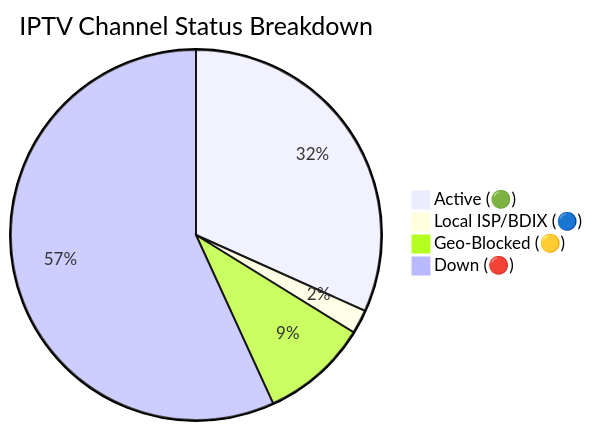
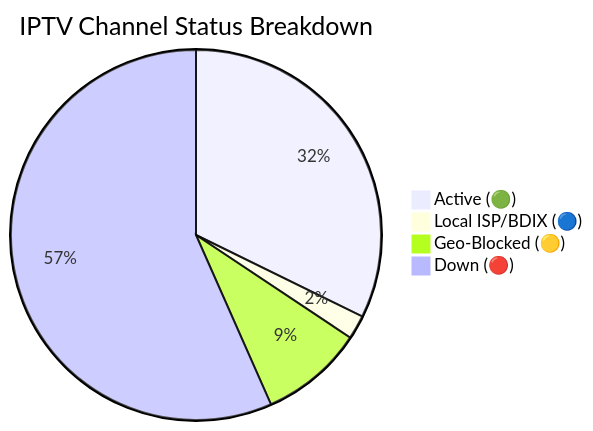
The diagram in README.md (andreataylord/Ip-tv-Collection), drawn with Mermaid before and after one commit. The commit also changed other lines of this file and 3 other files, not shown here.

````diff
--- a/README.md
+++ b/README.md
@@ -59,7 +59,7 @@
 ```mermaid
 pie title IPTV Channel Status Breakdown
-    "Active (🟢)" : 2355
+    "Active (🟢)" : 2382
     "Local ISP/BDIX (🔵)" : 155
-    "Geo-Blocked (🟡)" : 695
-    "Down (🔴)" : 4220
+    "Geo-Blocked (🟡)" : 666
+    "Down (🔴)" : 4183
 ```
````
